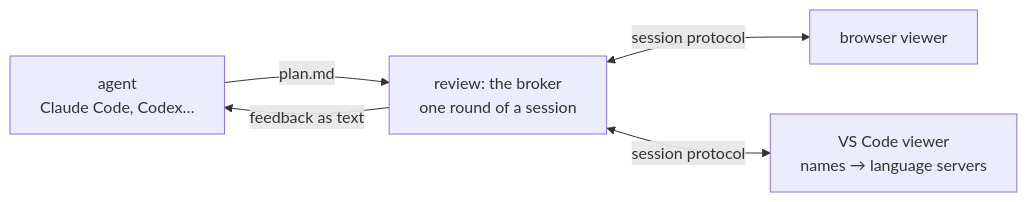
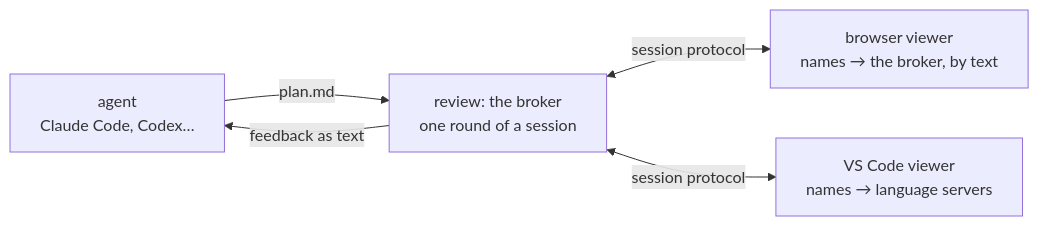
Before and after one commit to shyamalaravind/graphify-review: the diagram in README.md, drawn with Mermaid. The commit also changed other lines of this file and 4 other files, not shown here.

````diff
--- a/README.md
+++ b/README.md
@@ -28,7 +28,7 @@
 ```mermaid
 flowchart LR
   A["agent<br/>Claude Code, Codex…"] -->|"plan.md"| B["review: the broker<br/>one round of a session"]
-  B <-->|"session protocol"| W["browser viewer"]
+  B <-->|"session protocol"| W["browser viewer<br/>names → the broker, by text"]
   B <-->|"session protocol"| V["VS Code viewer<br/>names → language servers"]
   B -->|"feedback as text"| A
 ```
````
